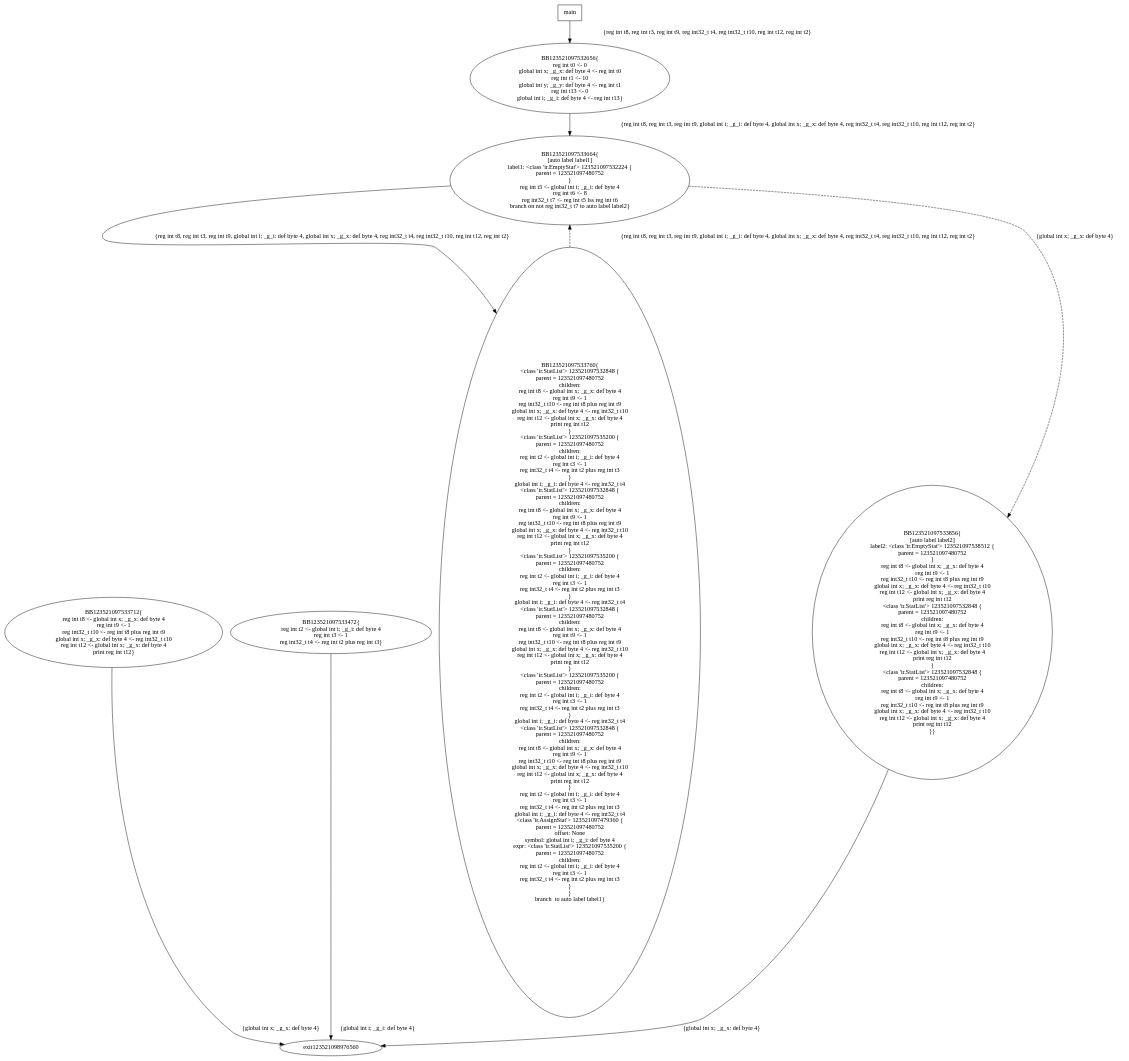
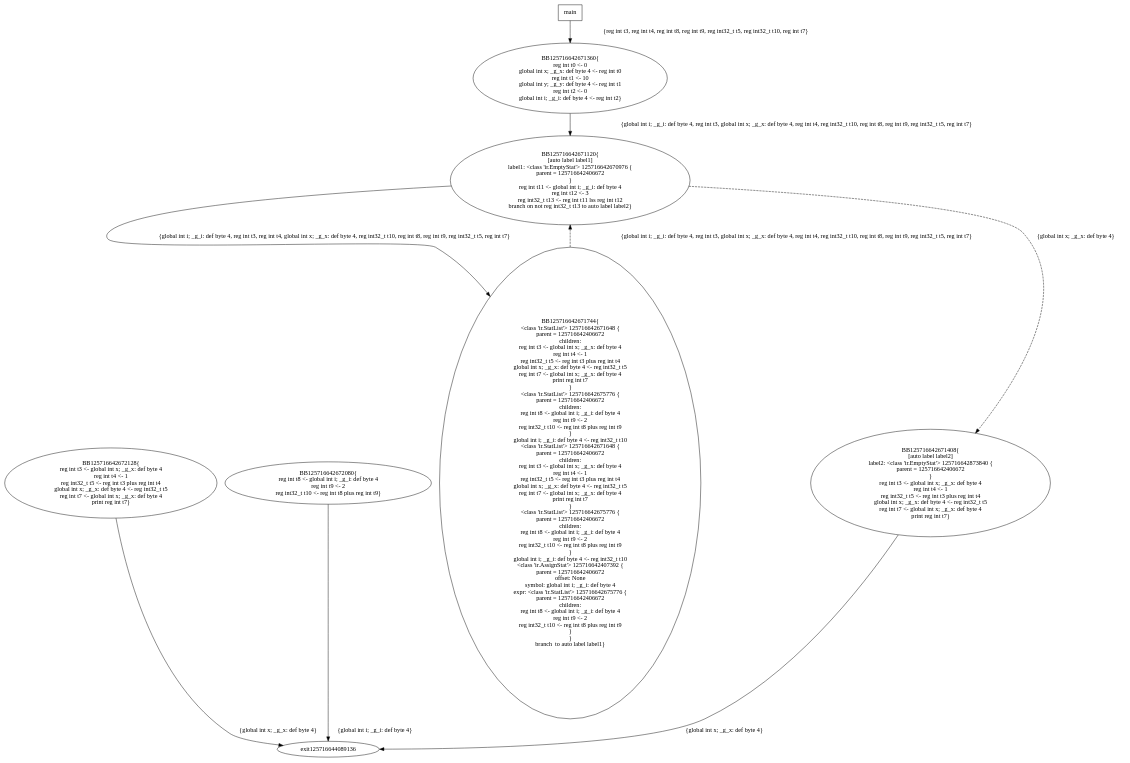
The diagram in cfg.dot (StefanoBordeianu/COT-Lab), drawn with Graphviz before and after one commit. The commit also changed 7 other files, not shown here.

```diff
--- a/cfg.dot
+++ b/cfg.dot
@@ -1,104 +1,62 @@
 digraph G {
-123521097533712 [label="BB123521097533712{\nreg int t8 <- global int x; _g_x: def byte 4\nreg int t9 <- 1\nreg int32_t t10 <- reg int t8 plus reg int t9\nglobal int x; _g_x: def byte 4 <- reg int32_t t10\nreg int t12 <- global int x; _g_x: def byte 4\nprint reg int t12}"];
-123521097533712 -> exit123521098976560 [label="{global int x; _g_x: def byte 4}"];
-123521097533472 [label="BB123521097533472{\nreg int t2 <- global int i; _g_i: def byte 4\nreg int t3 <- 1\nreg int32_t t4 <- reg int t2 plus reg int t3}"];
-123521097533472 -> exit123521098976560 [label="{global int i; _g_i: def byte 4}"];
-123521097532656 [label="BB123521097532656{\nreg int t0 <- 0\nglobal int x; _g_x: def byte 4 <- reg int t0\nreg int t1 <- 10\nglobal int y; _g_y: def byte 4 <- reg int t1\nreg int t13 <- 0\nglobal int i; _g_i: def byte 4 <- reg int t13}"];
-123521097532656 -> 123521097533664 [label="{reg int t8, reg int t3, reg int t9, global int i; _g_i: def byte 4, global int x; _g_x: def byte 4, reg int32_t t4, reg int32_t t10, reg int t12, reg int t2}"];
-123521097533664 [label="BB123521097533664{\n[auto label label1]\nlabel1: <class 'ir.EmptyStat'> 123521097532224 {
-parent = 123521097480752
-}\nreg int t5 <- global int i; _g_i: def byte 4\nreg int t6 <- 8\nreg int32_t t7 <- reg int t5 lss reg int t6\nbranch on not reg int32_t t7 to auto label label2}"];
-123521097533664 -> 123521097533760 [label="{reg int t8, reg int t3, reg int t9, global int i; _g_i: def byte 4, global int x; _g_x: def byte 4, reg int32_t t4, reg int32_t t10, reg int t12, reg int t2}"];
-123521097533664 -> 123521097533856 [style=dashed,label="{global int x; _g_x: def byte 4}"];
-123521097533760 [label="BB123521097533760{\n<class 'ir.StatList'> 123521097532848 {
-parent = 123521097480752
+125716642672128 [label="BB125716642672128{\nreg int t3 <- global int x; _g_x: def byte 4\nreg int t4 <- 1\nreg int32_t t5 <- reg int t3 plus reg int t4\nglobal int x; _g_x: def byte 4 <- reg int32_t t5\nreg int t7 <- global int x; _g_x: def byte 4\nprint reg int t7}"];
+125716642672128 -> exit125716644089136 [label="{global int x; _g_x: def byte 4}"];
+125716642672080 [label="BB125716642672080{\nreg int t8 <- global int i; _g_i: def byte 4\nreg int t9 <- 2\nreg int32_t t10 <- reg int t8 plus reg int t9}"];
+125716642672080 -> exit125716644089136 [label="{global int i; _g_i: def byte 4}"];
+125716642671360 [label="BB125716642671360{\nreg int t0 <- 0\nglobal int x; _g_x: def byte 4 <- reg int t0\nreg int t1 <- 10\nglobal int y; _g_y: def byte 4 <- reg int t1\nreg int t2 <- 0\nglobal int i; _g_i: def byte 4 <- reg int t2}"];
+125716642671360 -> 125716642671120 [label="{global int i; _g_i: def byte 4, reg int t3, global int x; _g_x: def byte 4, reg int t4, reg int32_t t10, reg int t8, reg int t9, reg int32_t t5, reg int t7}"];
+125716642671120 [label="BB125716642671120{\n[auto label label1]\nlabel1: <class 'ir.EmptyStat'> 125716642670976 {
+parent = 125716642406672
+}\nreg int t11 <- global int i; _g_i: def byte 4\nreg int t12 <- 3\nreg int32_t t13 <- reg int t11 lss reg int t12\nbranch on not reg int32_t t13 to auto label label2}"];
+125716642671120 -> 125716642671744 [label="{global int i; _g_i: def byte 4, reg int t3, reg int t4, global int x; _g_x: def byte 4, reg int32_t t10, reg int t8, reg int t9, reg int32_t t5, reg int t7}"];
+125716642671120 -> 125716642671408 [style=dashed,label="{global int x; _g_x: def byte 4}"];
+125716642671744 [label="BB125716642671744{\n<class 'ir.StatList'> 125716642671648 {
+parent = 125716642406672
 	children:
-	reg int t8 <- global int x; _g_x: def byte 4
-	reg int t9 <- 1
+	reg int t3 <- global int x; _g_x: def byte 4
+	reg int t4 <- 1
+	reg int32_t t5 <- reg int t3 plus reg int t4
+	global int x; _g_x: def byte 4 <- reg int32_t t5
+	reg int t7 <- global int x; _g_x: def byte 4
+	print reg int t7
+}\n<class 'ir.StatList'> 125716642675776 {
+parent = 125716642406672
+	children:
+	reg int t8 <- global int i; _g_i: def byte 4
+	reg int t9 <- 2
 	reg int32_t t10 <- reg int t8 plus reg int t9
-	global int x; _g_x: def byte 4 <- reg int32_t t10
-	reg int t12 <- global int x; _g_x: def byte 4
-	print reg int t12
-}\n<class 'ir.StatList'> 123521097535200 {
-parent = 123521097480752
+}\nglobal int i; _g_i: def byte 4 <- reg int32_t t10\n<class 'ir.StatList'> 125716642671648 {
+parent = 125716642406672
 	children:
-	reg int t2 <- global int i; _g_i: def byte 4
-	reg int t3 <- 1
-	reg int32_t t4 <- reg int t2 plus reg int t3
-}\nglobal int i; _g_i: def byte 4 <- reg int32_t t4\n<class 'ir.StatList'> 123521097532848 {
-parent = 123521097480752
+	reg int t3 <- global int x; _g_x: def byte 4
+	reg int t4 <- 1
+	reg int32_t t5 <- reg int t3 plus reg int t4
+	global int x; _g_x: def byte 4 <- reg int32_t t5
+	reg int t7 <- global int x; _g_x: def byte 4
+	print reg int t7
+}\n<class 'ir.StatList'> 125716642675776 {
+parent = 125716642406672
 	children:
-	reg int t8 <- global int x; _g_x: def byte 4
-	reg int t9 <- 1
+	reg int t8 <- global int i; _g_i: def byte 4
+	reg int t9 <- 2
 	reg int32_t t10 <- reg int t8 plus reg int t9
-	global int x; _g_x: def byte 4 <- reg int32_t t10
-	reg int t12 <- global int x; _g_x: def byte 4
-	print reg int t12
-}\n<class 'ir.StatList'> 123521097535200 {
-parent = 123521097480752
-	children:
-	reg int t2 <- global int i; _g_i: def byte 4
-	reg int t3 <- 1
-	reg int32_t t4 <- reg int t2 plus reg int t3
-}\nglobal int i; _g_i: def byte 4 <- reg int32_t t4\n<class 'ir.StatList'> 123521097532848 {
-parent = 123521097480752
-	children:
-	reg int t8 <- global int x; _g_x: def byte 4
-	reg int t9 <- 1
-	reg int32_t t10 <- reg int t8 plus reg int t9
-	global int x; _g_x: def byte 4 <- reg int32_t t10
-	reg int t12 <- global int x; _g_x: def byte 4
-	print reg int t12
-}\n<class 'ir.StatList'> 123521097535200 {
-parent = 123521097480752
-	children:
-	reg int t2 <- global int i; _g_i: def byte 4
-	reg int t3 <- 1
-	reg int32_t t4 <- reg int t2 plus reg int t3
-}\nglobal int i; _g_i: def byte 4 <- reg int32_t t4\n<class 'ir.StatList'> 123521097532848 {
-parent = 123521097480752
-	children:
-	reg int t8 <- global int x; _g_x: def byte 4
-	reg int t9 <- 1
-	reg int32_t t10 <- reg int t8 plus reg int t9
-	global int x; _g_x: def byte 4 <- reg int32_t t10
-	reg int t12 <- global int x; _g_x: def byte 4
-	print reg int t12
-}\nreg int t2 <- global int i; _g_i: def byte 4\nreg int t3 <- 1\nreg int32_t t4 <- reg int t2 plus reg int t3\nglobal int i; _g_i: def byte 4 <- reg int32_t t4\n<class 'ir.AssignStat'> 123521097479360 {
-parent = 123521097480752
+}\nglobal int i; _g_i: def byte 4 <- reg int32_t t10\n<class 'ir.AssignStat'> 125716642407392 {
+parent = 125716642406672
 	offset: 	None
 	symbol: 	global int i; _g_i: def byte 4
-	expr: 	<class 'ir.StatList'> 123521097535200 {
-	parent = 123521097480752
+	expr: 	<class 'ir.StatList'> 125716642675776 {
+	parent = 125716642406672
 		children:
-		reg int t2 <- global int i; _g_i: def byte 4
-		reg int t3 <- 1
-		reg int32_t t4 <- reg int t2 plus reg int t3
+		reg int t8 <- global int i; _g_i: def byte 4
+		reg int t9 <- 2
+		reg int32_t t10 <- reg int t8 plus reg int t9
 	}
 }\nbranch  to auto label label1}"];
-123521097533760 -> 123521097533664 [style=dashed,label="{reg int t8, reg int t3, reg int t9, global int i; _g_i: def byte 4, global int x; _g_x: def byte 4, reg int32_t t4, reg int32_t t10, reg int t12, reg int t2}"];
-123521097533856 [label="BB123521097533856{\n[auto label label2]\nlabel2: <class 'ir.EmptyStat'> 123521097538512 {
-parent = 123521097480752
-}\nreg int t8 <- global int x; _g_x: def byte 4\nreg int t9 <- 1\nreg int32_t t10 <- reg int t8 plus reg int t9\nglobal int x; _g_x: def byte 4 <- reg int32_t t10\nreg int t12 <- global int x; _g_x: def byte 4\nprint reg int t12\n<class 'ir.StatList'> 123521097532848 {
-parent = 123521097480752
-	children:
-	reg int t8 <- global int x; _g_x: def byte 4
-	reg int t9 <- 1
-	reg int32_t t10 <- reg int t8 plus reg int t9
-	global int x; _g_x: def byte 4 <- reg int32_t t10
-	reg int t12 <- global int x; _g_x: def byte 4
-	print reg int t12
-}\n<class 'ir.StatList'> 123521097532848 {
-parent = 123521097480752
-	children:
-	reg int t8 <- global int x; _g_x: def byte 4
-	reg int t9 <- 1
-	reg int32_t t10 <- reg int t8 plus reg int t9
-	global int x; _g_x: def byte 4 <- reg int32_t t10
-	reg int t12 <- global int x; _g_x: def byte 4
-	print reg int t12
-}}"];
-123521097533856 -> exit123521098976560 [label="{global int x; _g_x: def byte 4}"];
+125716642671744 -> 125716642671120 [style=dashed,label="{global int i; _g_i: def byte 4, reg int t3, global int x; _g_x: def byte 4, reg int t4, reg int32_t t10, reg int t8, reg int t9, reg int32_t t5, reg int t7}"];
+125716642671408 [label="BB125716642671408{\n[auto label label2]\nlabel2: <class 'ir.EmptyStat'> 125716642873840 {
+parent = 125716642406672
+}\nreg int t3 <- global int x; _g_x: def byte 4\nreg int t4 <- 1\nreg int32_t t5 <- reg int t3 plus reg int t4\nglobal int x; _g_x: def byte 4 <- reg int32_t t5\nreg int t7 <- global int x; _g_x: def byte 4\nprint reg int t7}"];
+125716642671408 -> exit125716644089136 [label="{global int x; _g_x: def byte 4}"];
 main [shape=box];
-main -> 123521097532656 [label="{reg int t8, reg int t3, reg int t9, reg int32_t t4, reg int32_t t10, reg int t12, reg int t2}"];
+main -> 125716642671360 [label="{reg int t3, reg int t4, reg int t8, reg int t9, reg int32_t t5, reg int32_t t10, reg int t7}"];
 }
```
